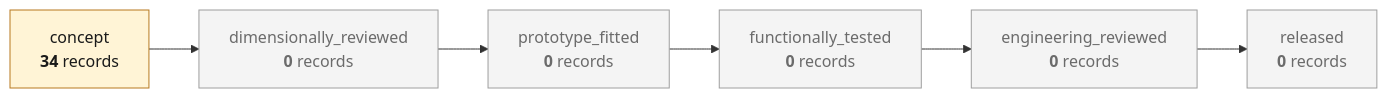
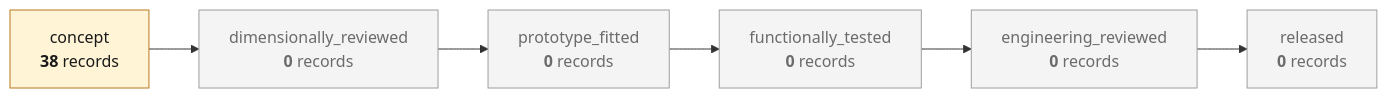
One commit to cluster2600/porscheparts changed the third of 4 diagrams in README.md. Above: the diagram before and after it, drawn with Mermaid. The commit also changed other lines of this file and 11 other files, not shown here.

````diff
--- a/README.md
+++ b/README.md
@@ -233,18 +233,18 @@
 ```mermaid
 flowchart LR
-    L0["concept<br/><b>34</b> records"]
+    L0["concept<br/><b>38</b> records"]
     L1["dimensionally_reviewed<br/><b>0</b> records"]
     L2["prototype_fitted<br/><b>0</b> records"]
     L3["functionally_tested<br/><b>0</b> records"]
     L4["engineering_reviewed<br/><b>0</b> records"]
     L5["released<br/><b>0</b> records"]
     L0 --> L1 --> L2 --> L3 --> L4 --> L5
     classDef here fill:#fff4d6,stroke:#b7791f,color:#1a1a1a;
     classDef empty fill:#f4f4f4,stroke:#9e9e9e,color:#6b6b6b;
     class L0 here
     class L1 empty
     class L2 empty
     class L3 empty
     class L4 empty
     class L5 empty
 ```
````
